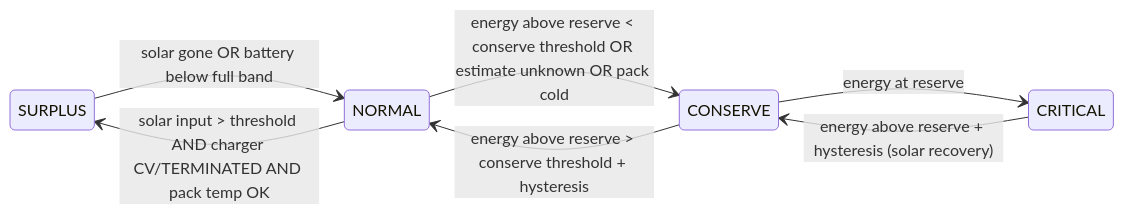
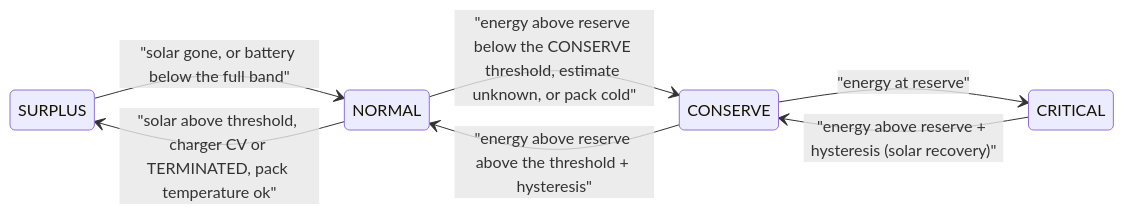
The second of 4 diagrams in docs/radio-energy-policy.md (clintecker/weather-station-2026), drawn with Mermaid before and after one commit. The commit also changed other lines of this file and 25 other files, not shown here.

First line of the commit message:
Docs: Mermaid diagrams, no insider jargon, stale figures corrected

````diff
--- a/docs/radio-energy-policy.md
+++ b/docs/radio-energy-policy.md
@@ -107,10 +118,10 @@
 ```mermaid
 stateDiagram-v2
   direction LR
-  SURPLUS --> NORMAL: solar gone OR battery below full band
-  NORMAL --> SURPLUS: solar input > threshold AND charger CV/TERMINATED AND pack temp OK
-  NORMAL --> CONSERVE: energy above reserve < conserve threshold OR estimate unknown OR pack cold
-  CONSERVE --> NORMAL: energy above reserve > conserve threshold + hysteresis
-  CONSERVE --> CRITICAL: energy at reserve
-  CRITICAL --> CONSERVE: energy above reserve + hysteresis (solar recovery)
+  SURPLUS --> NORMAL: "solar gone, or battery below the full band"
+  NORMAL --> SURPLUS: "solar above threshold, charger CV or TERMINATED, pack temperature ok"
+  NORMAL --> CONSERVE: "energy above reserve below the CONSERVE threshold, estimate unknown, or pack cold"
+  CONSERVE --> NORMAL: "energy above reserve above the threshold + hysteresis"
+  CONSERVE --> CRITICAL: "energy at reserve"
+  CRITICAL --> CONSERVE: "energy above reserve + hysteresis (solar recovery)"
 ```
````
